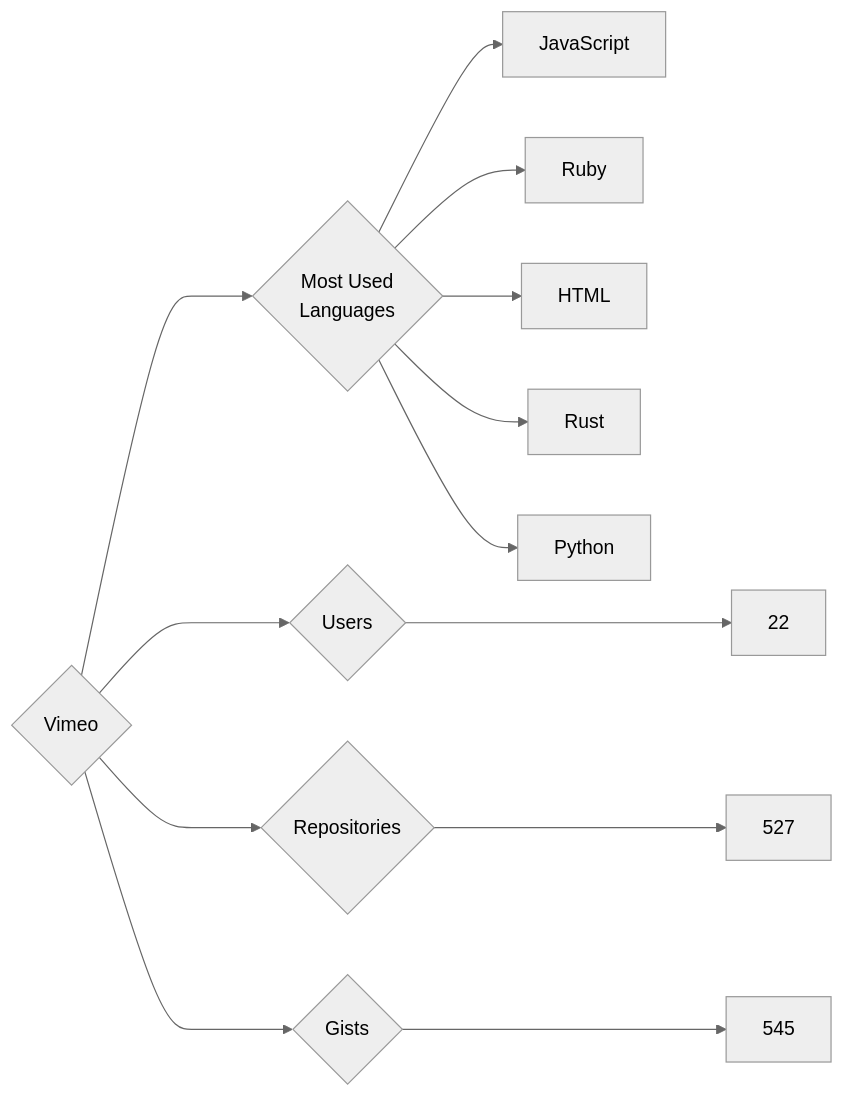
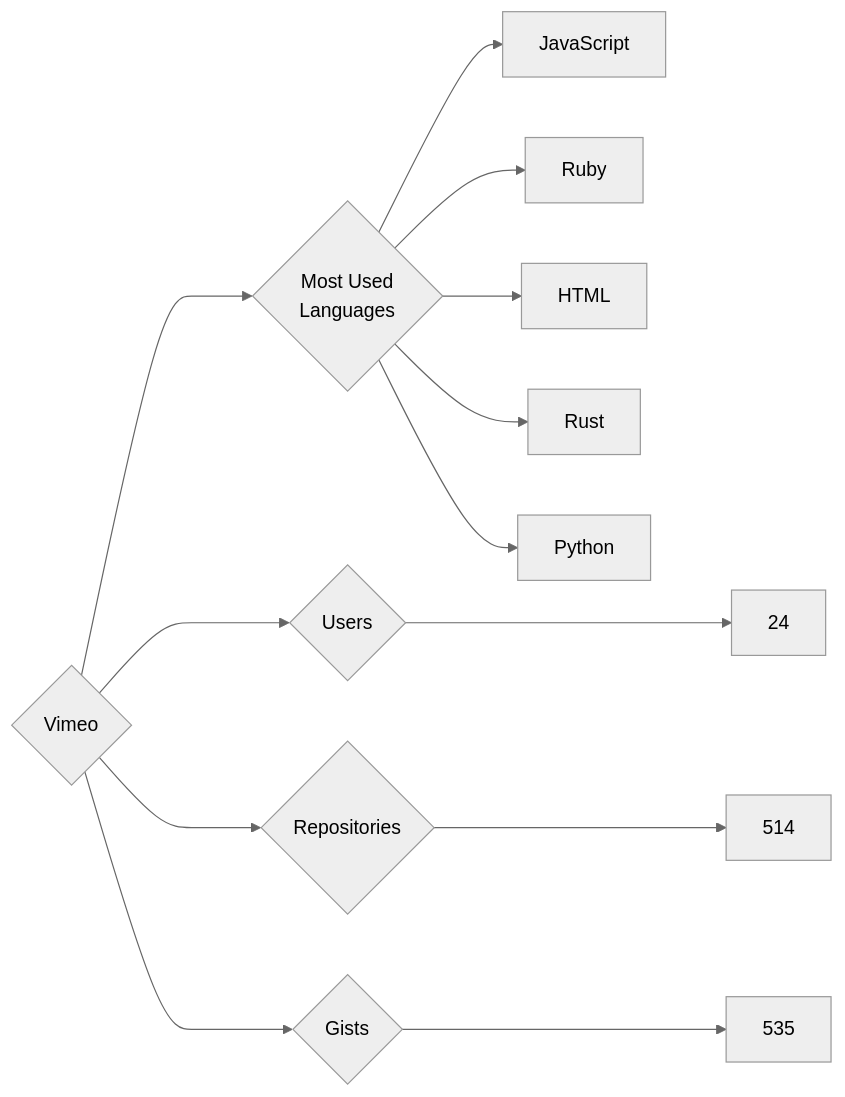
The diagram in targets/Vimeo/README.md (trickest/insiders), drawn with Mermaid (neutral theme) before and after one commit. The commit also changed 1479 other files, not shown here.

````diff
--- a/targets/Vimeo/README.md
+++ b/targets/Vimeo/README.md
@@ -3,13 +3,13 @@
 ```mermaid
 graph LR
 COMPANY_NAME{Vimeo}
-COMPANY_NAME ---> U{Users} ---> UN[22]
-COMPANY_NAME ---> R{Repositories} ---> RN[527]
-COMPANY_NAME ---> G{Gists} ---> GN[545]
+COMPANY_NAME ---> U{Users} ---> UN[24]
+COMPANY_NAME ---> R{Repositories} ---> RN[514]
+COMPANY_NAME ---> G{Gists} ---> GN[535]
 COMPANY_NAME ---> ML{Most Used<br>Languages}
 ML --> JavaScript[JavaScript]
 ML --> Ruby[Ruby]
 ML --> HTML[HTML]
 ML --> Rust[Rust]
 ML --> Python[Python]
 ```
````
